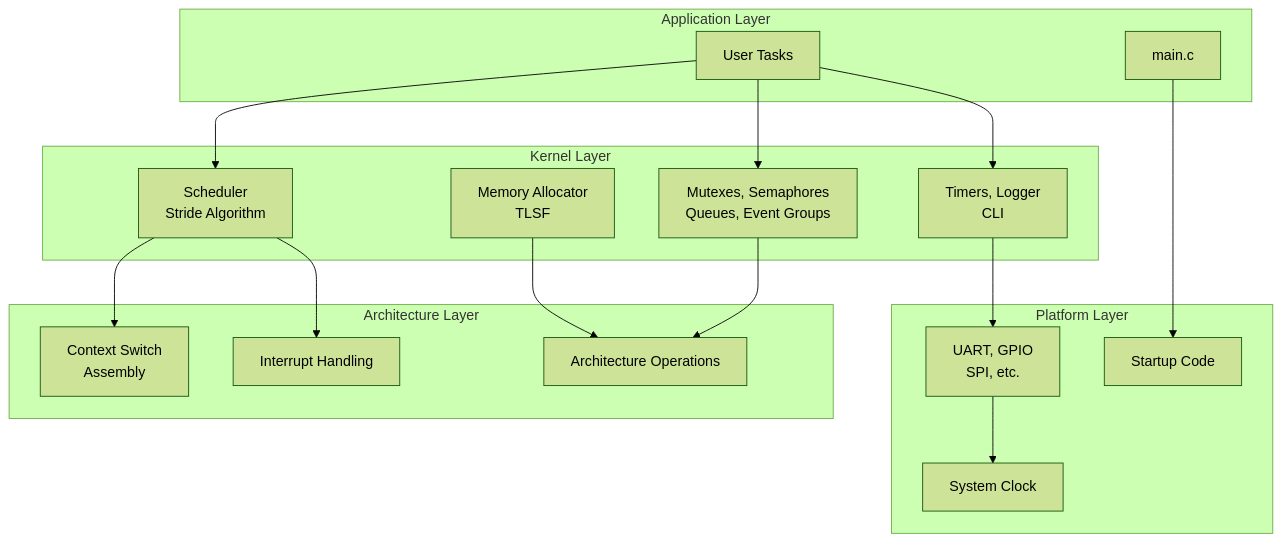
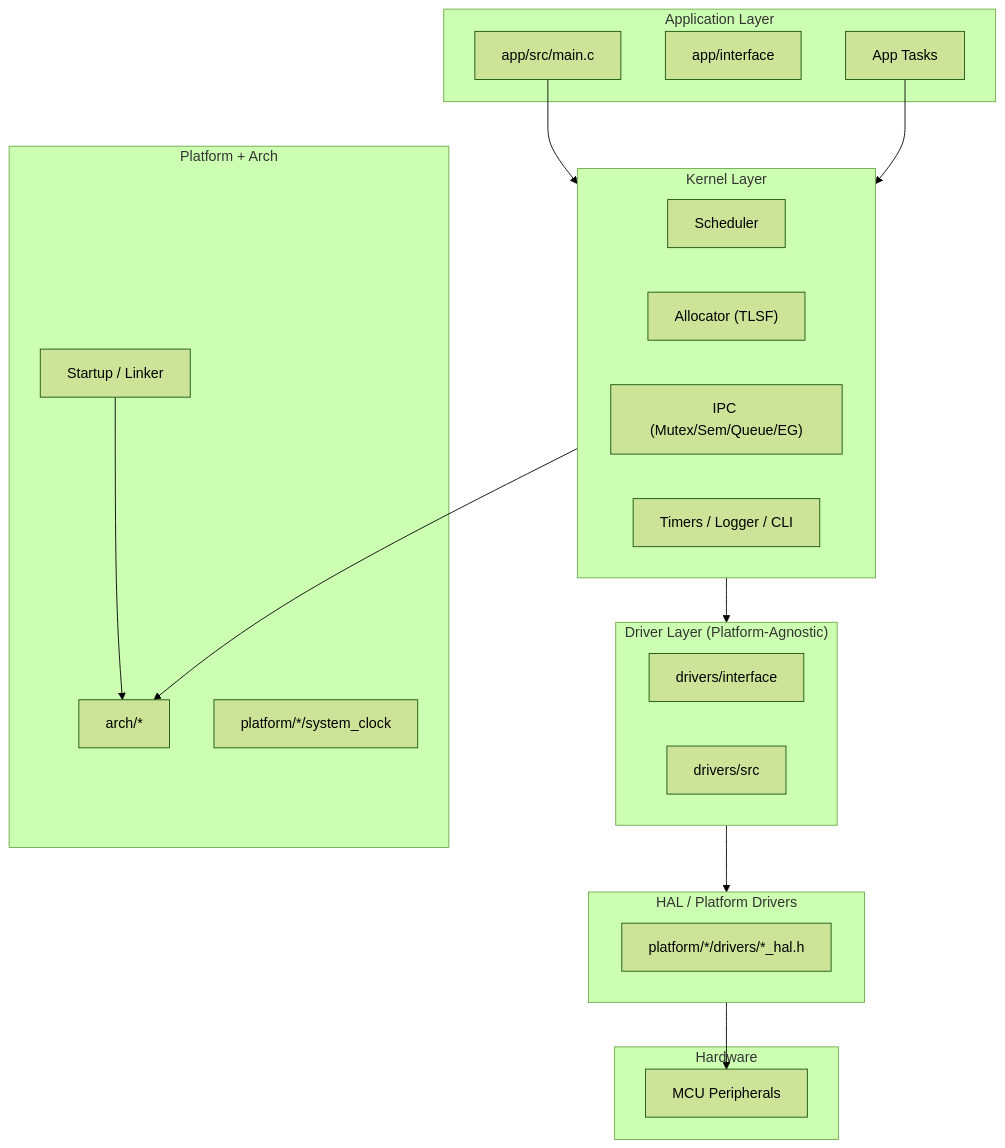
Before and after one commit to sabarioded/soRTOS: the diagram in README.md, drawn with Mermaid (forest theme). The commit also changed other lines of this file and 20 other files, not shown here.

First line of the commit message:
docs: refresh README/overview and driver docs/diagrams

````diff
--- a/README.md
+++ b/README.md
@@ -89,37 +101,42 @@
 ```mermaid
 graph TD
-    subgraph Application[Application Layer]
-        AppTasks[User Tasks]
-        AppMain[main.c]
+    subgraph App["Application Layer"]
+        AppMain["app/src/main.c"]
+        AppAPI["app/interface"]
+        AppTasks["App Tasks"]
     end
 
-    subgraph Kernel[Kernel Layer]
-        Scheduler[Scheduler<br/>Stride Algorithm]
-        Allocator[Memory Allocator<br/>TLSF]
-        IPC[Mutexes, Semaphores<br/>Queues, Event Groups]
-        Services[Timers, Logger<br/>CLI]
+    subgraph Kernel["Kernel Layer"]
+        Scheduler["Scheduler"]
+        Allocator["Allocator (TLSF)"]
+        IPC["IPC (Mutex/Sem/Queue/EG)"]
+        Services["Timers / Logger / CLI"]
     end
 
-    subgraph Architecture[Architecture Layer]
-        ContextSwitch[Context Switch<br/>Assembly]
-        Interrupts[Interrupt Handling]
-        ArchOps[Architecture Operations]
+    subgraph Drivers["Driver Layer (Platform-Agnostic)"]
+        DIf["drivers/interface"]
+        DCore["drivers/src"]
     end
 
-    subgraph Platform[Platform Layer]
-        Drivers[UART, GPIO<br/>SPI, etc.]
-        Clock[System Clock]
-        Startup[Startup Code]
+    subgraph HAL["HAL / Platform Drivers"]
+        HalIf["platform/*/drivers/*_hal.h"]
     end
 
-    AppTasks --> Scheduler
-    AppTasks --> IPC
-    AppTasks --> Services
-    Scheduler --> ContextSwitch
-    Scheduler --> Interrupts
-    Allocator --> ArchOps
-    IPC --> ArchOps
-    Services --> Drivers
-    Drivers --> Clock
-    AppMain --> Startup
+    subgraph Platform["Platform + Arch"]
+        Startup["Startup / Linker"]
+        ArchOps["arch/*"]
+        Clock["platform/*/system_clock"]
+    end
+
+    subgraph HW["Hardware"]
+        Periph["MCU Peripherals"]
+    end
+
+    AppMain --> Kernel
+    AppTasks --> Kernel
+    Kernel --> Drivers
+    Drivers --> HAL
+    HAL --> Periph
+    Kernel --> ArchOps
+    Startup --> ArchOps
 ```
````
